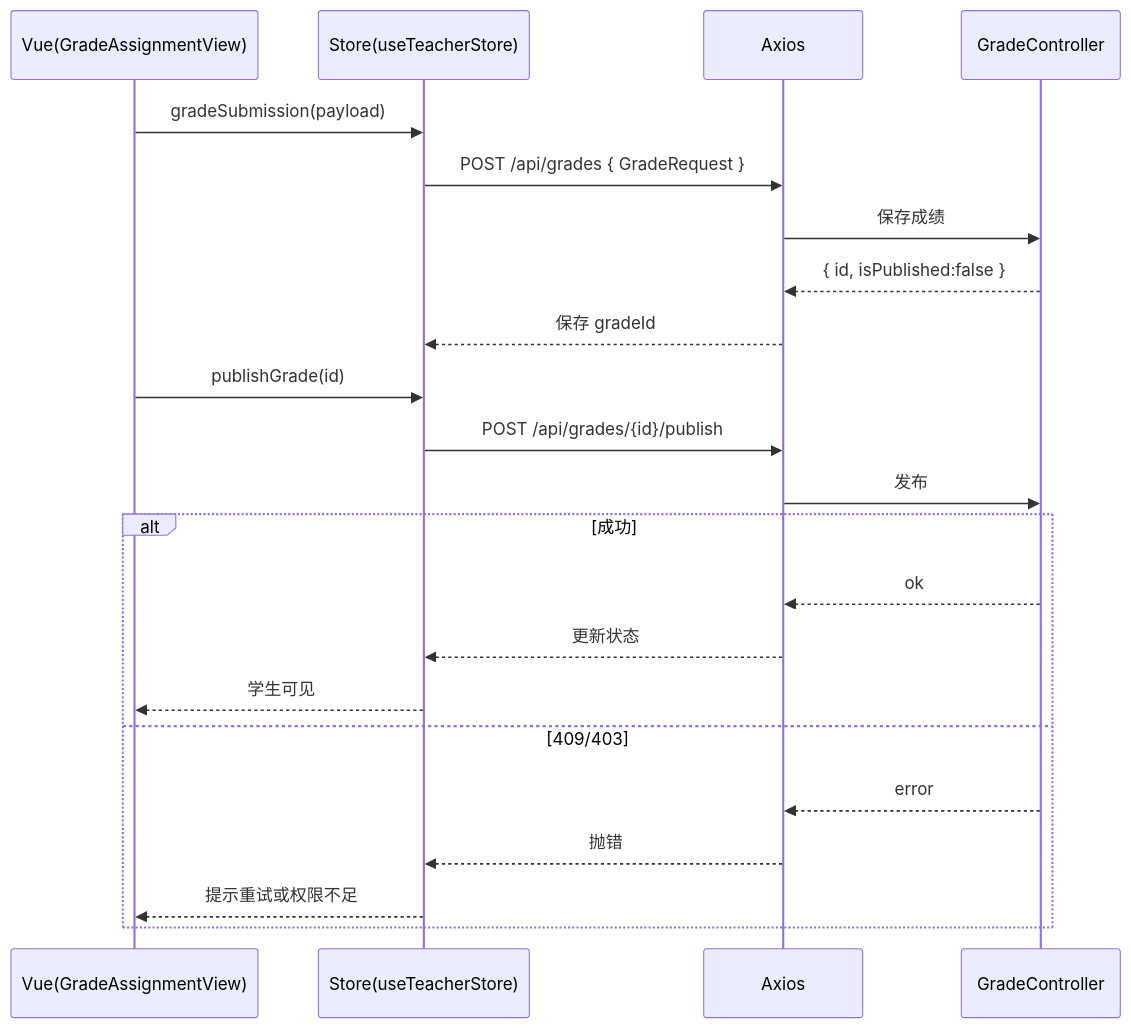
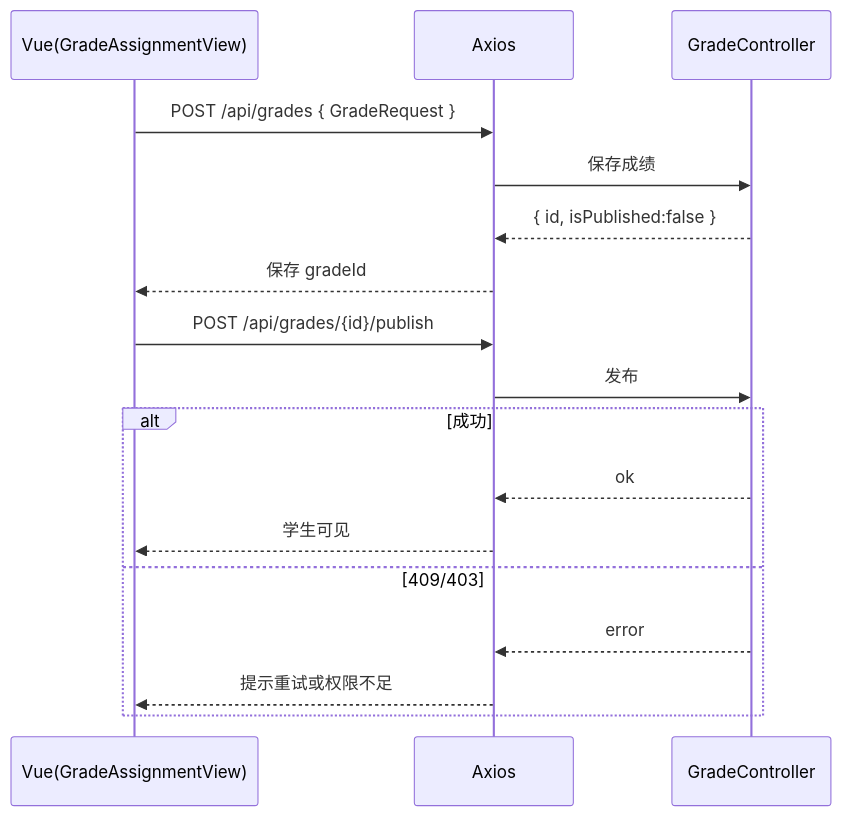
One commit to Xiaorui-Zhang537/student-core-competency-cultivation-assessment-system changed the eighth of 15 diagrams in docs/e2e-examples.md. Above: the diagram before and after it, drawn with Mermaid. The commit also changed other lines of this file and 61 other files, not shown here.

````diff
--- a/docs/e2e-examples.md
+++ b/docs/e2e-examples.md
@@ -296,24 +296,19 @@
 ```mermaid
 sequenceDiagram
   participant V as Vue(GradeAssignmentView)
-  participant ST as Store(useTeacherStore)
   participant A as Axios
   participant GC as GradeController
-  V->>ST: gradeSubmission(payload)
-  ST->>A: POST /api/grades { GradeRequest }
+  V->>A: POST /api/grades { GradeRequest }
   A->>GC: 保存成绩
   GC-->>A: { id, isPublished:false }
-  A-->>ST: 保存 gradeId
-  V->>ST: publishGrade(id)
-  ST->>A: POST /api/grades/{id}/publish
+  A-->>V: 保存 gradeId
+  V->>A: POST /api/grades/{id}/publish
   A->>GC: 发布
   alt 成功
     GC-->>A: ok
-    A-->>ST: 更新状态
-    ST-->>V: 学生可见
+    A-->>V: 学生可见
   else 409/403
     GC-->>A: error
-    A-->>ST: 抛错
-    ST-->>V: 提示重试或权限不足
+    A-->>V: 提示重试或权限不足
   end
 ```
````
